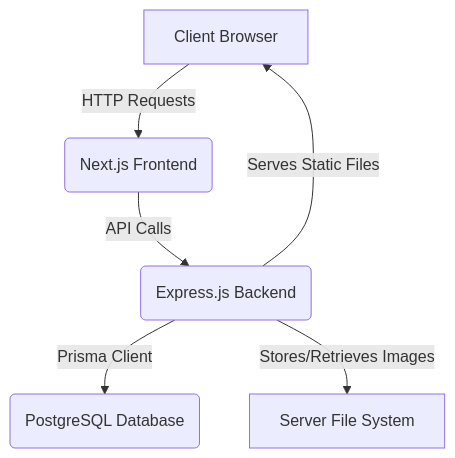
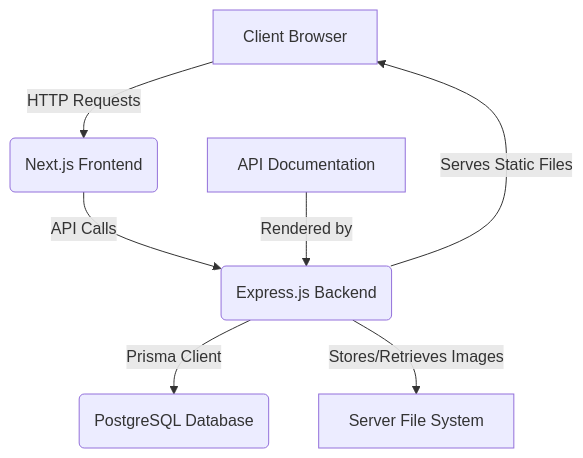
The diagram in docs/system-diagram.md (iinitz/ig-clone), drawn with Mermaid before and after one commit. The commit also changed 3 other files, not shown here.

Commit message:
update diagram

````diff
--- a/docs/system-diagram.md
+++ b/docs/system-diagram.md
@@ -1,8 +1,9 @@
 ```mermaid
 graph TD
     A[Client Browser] -->|HTTP Requests| B(Next.js Frontend);
     B -->|API Calls| C(Express.js Backend);
     C -->|Prisma Client| D(PostgreSQL Database);
     C -->|Serves Static Files| A;
     C -->|Stores/Retrieves Images| E[Server File System];
+    F[API Documentation] -->|Rendered by| C;
 ```
````
